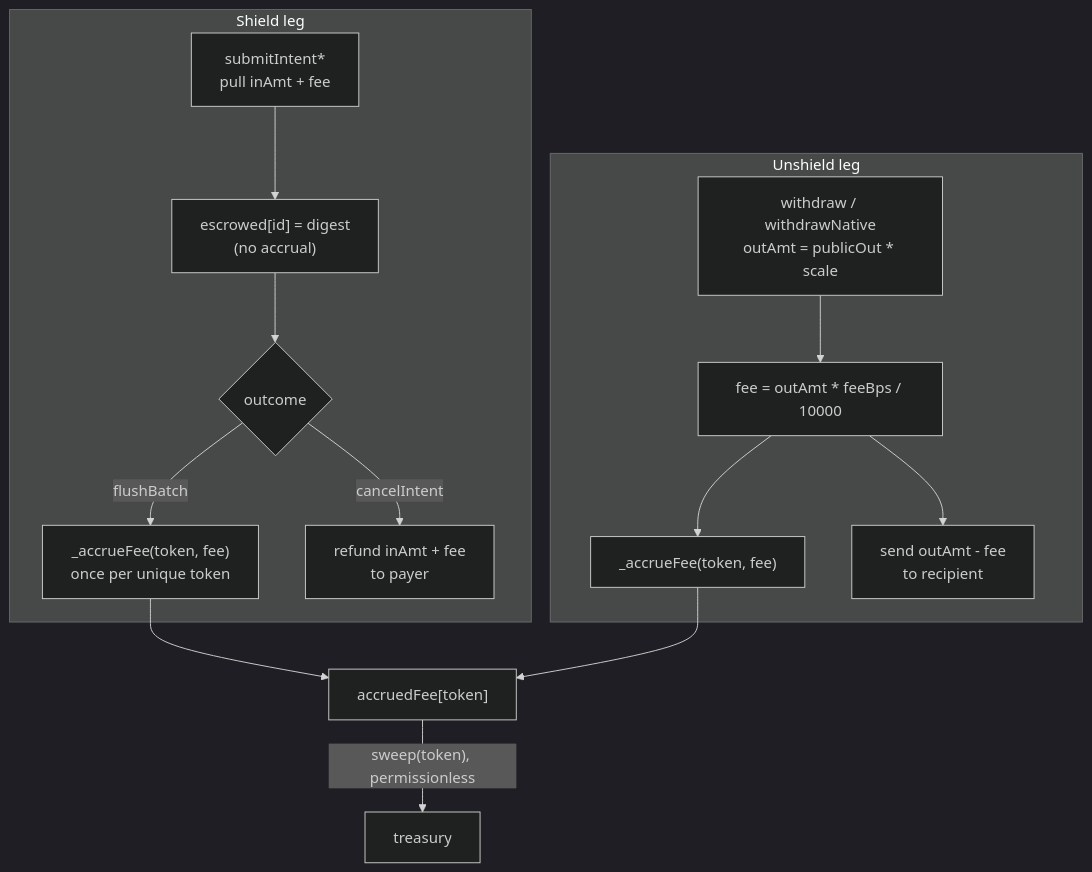
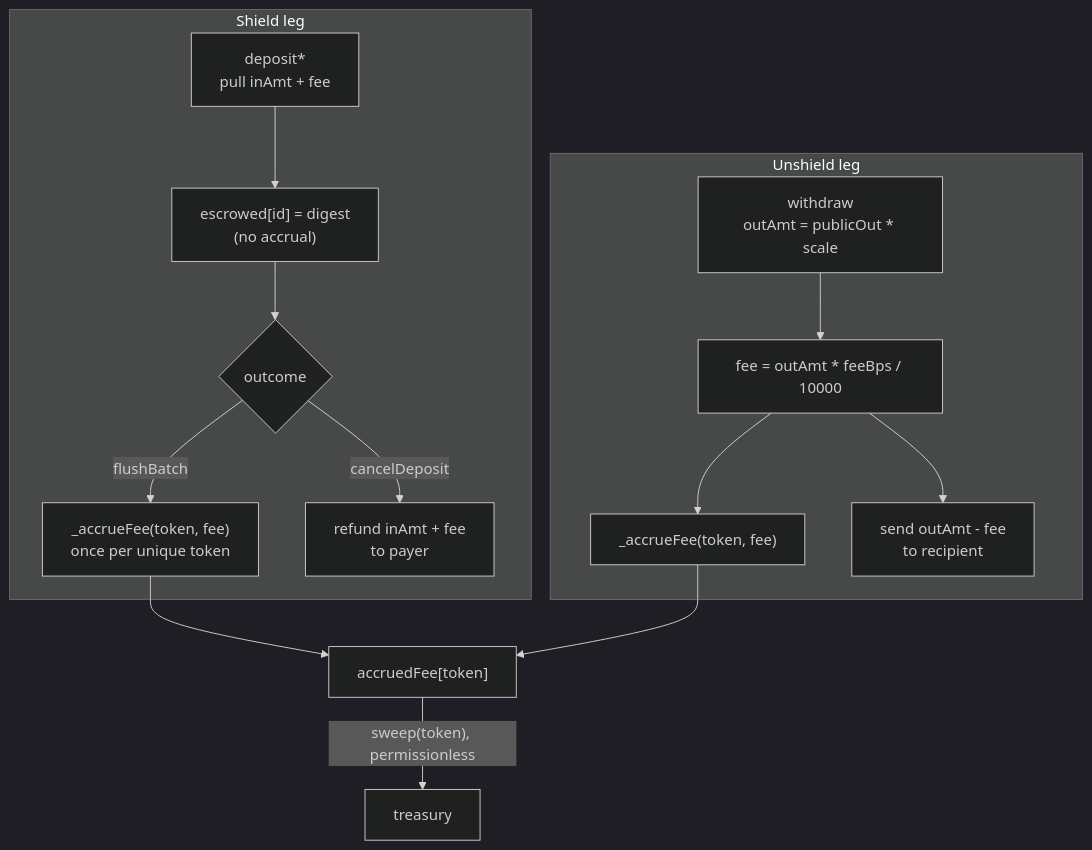
Before and after one commit to lelantos-org/contracts: the ninth of 10 diagrams in src/README.md, drawn with Mermaid (dark theme). The commit also changed other lines of this file and 93 other files, not shown here.

````diff
--- a/src/README.md
+++ b/src/README.md
@@ -394,17 +398,17 @@
 ```mermaid
 flowchart TD
   subgraph SHIELD["Shield leg"]
-    S1["submitIntent*<br/>pull inAmt + fee"] --> S2["escrowed[id] = digest<br/>(no accrual)"]
+    S1["deposit*<br/>pull inAmt + fee"] --> S2["escrowed[id] = digest<br/>(no accrual)"]
     S2 --> S3{"outcome"}
     S3 -->|flushBatch| S4["_accrueFee(token, fee)<br/>once per unique token"]
-    S3 -->|cancelIntent| S5["refund inAmt + fee<br/>to payer"]
+    S3 -->|cancelDeposit| S5["refund inAmt + fee<br/>to payer"]
   end
   subgraph UNSHIELD["Unshield leg"]
-    W1["withdraw / withdrawNative<br/>outAmt = publicOut * scale"] --> W2["fee = outAmt * feeBps / 10000"]
+    W1["withdraw<br/>outAmt = publicOut * scale"] --> W2["fee = outAmt * feeBps / 10000"]
     W2 --> W3["_accrueFee(token, fee)"]
     W2 --> W4["send outAmt - fee<br/>to recipient"]
   end
   S4 --> A["accruedFee[token]"]
   W3 --> A
   A -->|"sweep(token), permissionless"| TR["treasury"]
 ```
````
